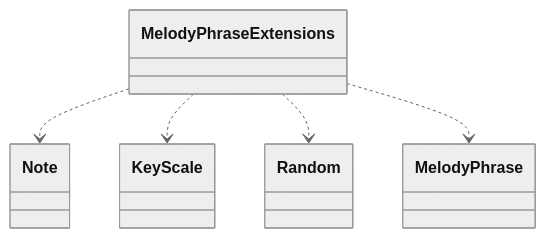
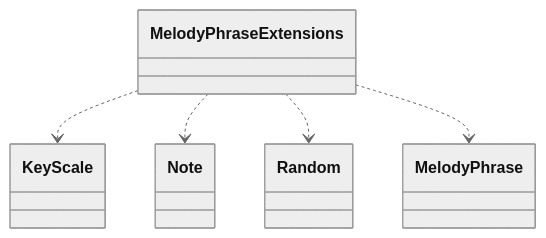
One commit to schnock-art/project_inspector changed diagram 19 of 31 in test/test.md. Above: the diagram before and after it, drawn with Mermaid (neutral theme). The commit also changed other lines of this file and 1 other file, not shown here.

````diff
--- a/test/test.md
+++ b/test/test.md
@@ -464,7 +510,7 @@
 ```mermaid
 classDiagram
+MelodyPhraseExtensions ..> KeyScale
 MelodyPhraseExtensions ..> Note
-MelodyPhraseExtensions ..> KeyScale
 MelodyPhraseExtensions ..> Random
 MelodyPhraseExtensions ..> MelodyPhrase
 ```
````
